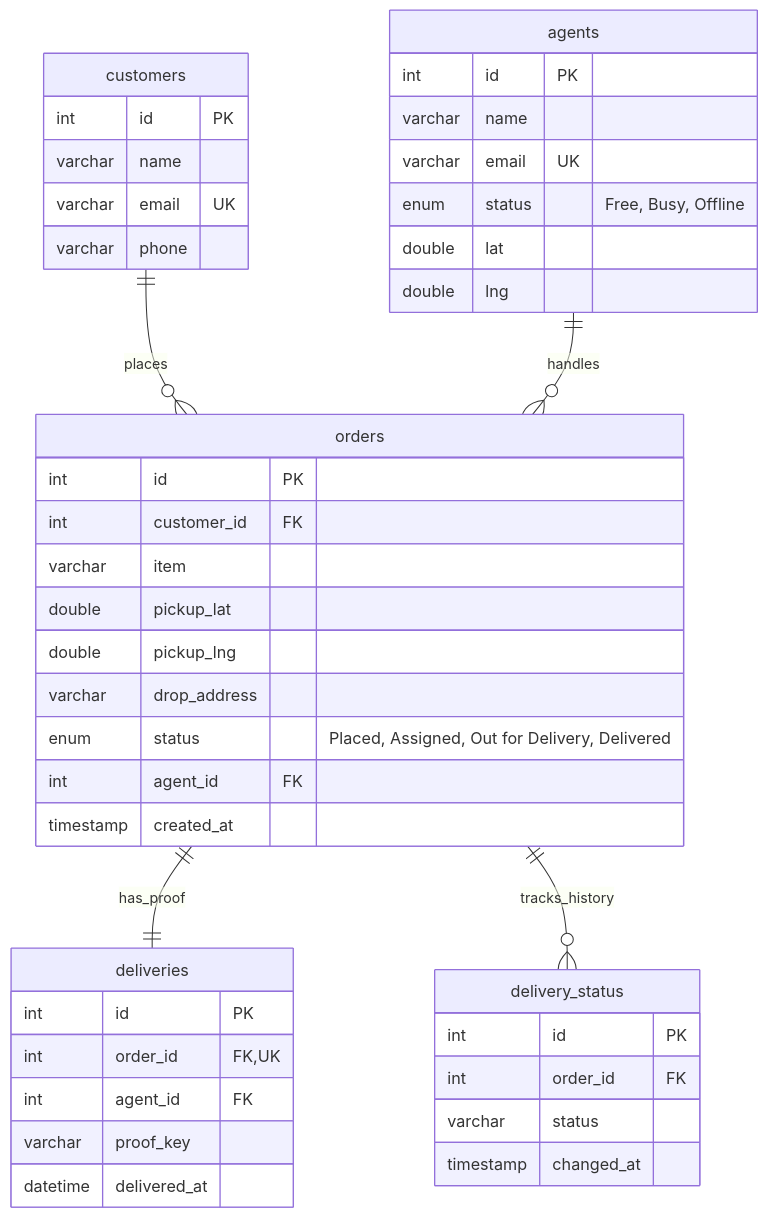
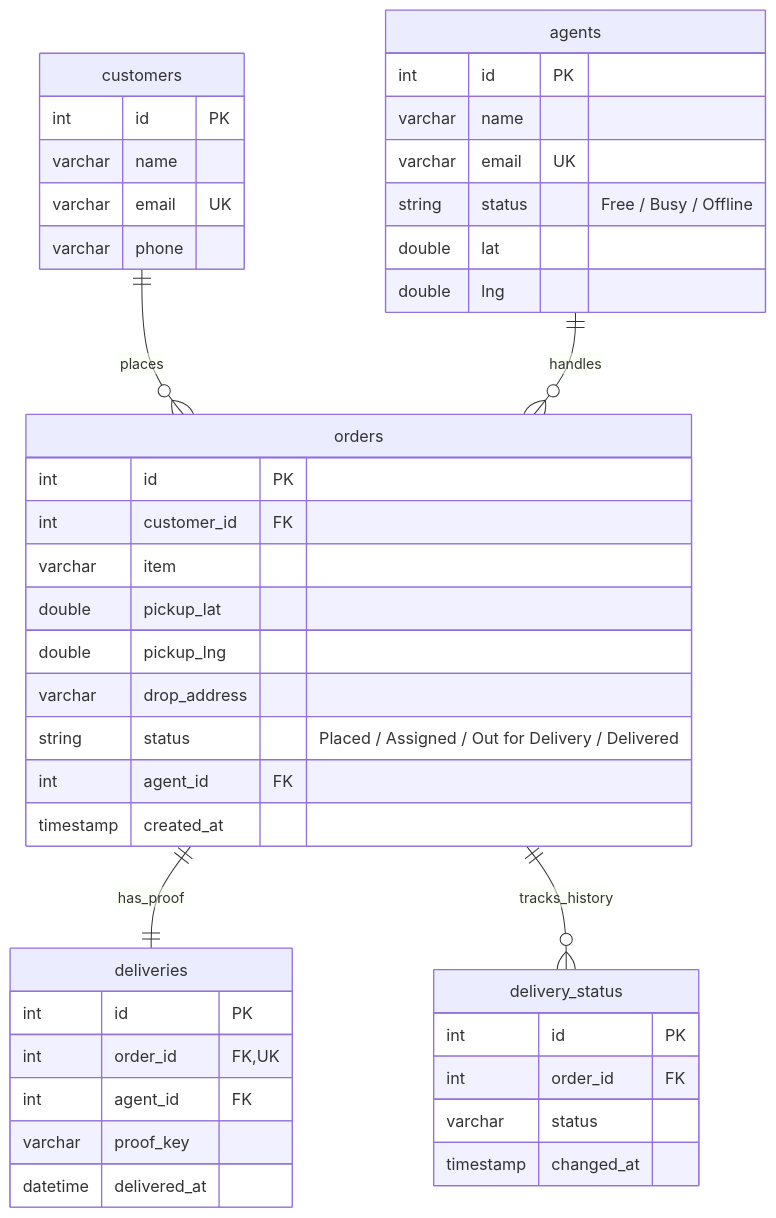
Before and after one commit to Sera0109/SmartFlow-CCL: the fourth of 4 diagrams in README.md, drawn with Mermaid. The commit also changed other lines of this file, not shown here.

````diff
--- a/README.md
+++ b/README.md
@@ -461,50 +462,50 @@
 ```mermaid
 erDiagram
     customers ||--o{ orders : places
     agents ||--o{ orders : handles
     orders ||--|| deliveries : has_proof
     orders ||--o{ delivery_status : tracks_history
 
     customers {
         int id PK
         varchar name
         varchar email UK
         varchar phone
     }
 
     agents {
         int id PK
         varchar name
         varchar email UK
-        enum status "Free, Busy, Offline"
+        string status "Free / Busy / Offline"
         double lat
         double lng
     }
 
     orders {
         int id PK
         int customer_id FK
         varchar item
         double pickup_lat
         double pickup_lng
         varchar drop_address
-        enum status "Placed, Assigned, Out for Delivery, Delivered"
+        string status "Placed / Assigned / Out for Delivery / Delivered"
         int agent_id FK
         timestamp created_at
     }
 
     deliveries {
         int id PK
         int order_id FK, UK
         int agent_id FK
         varchar proof_key
         datetime delivered_at
     }
 
     delivery_status {
         int id PK
         int order_id FK
         varchar status
         timestamp changed_at
     }
 ```
````
